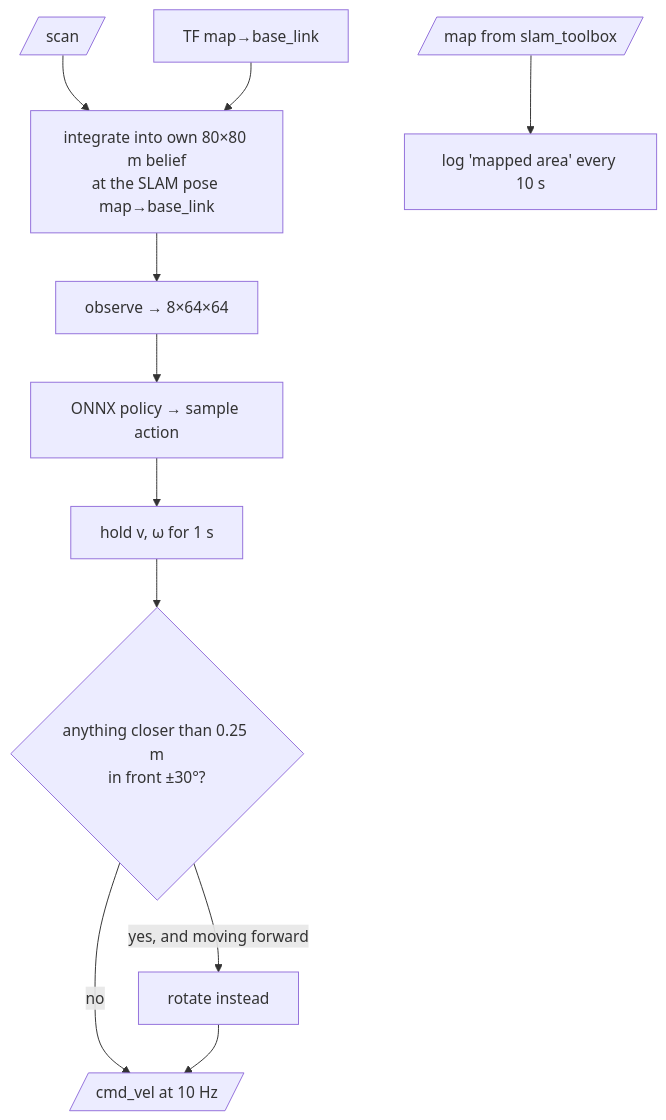
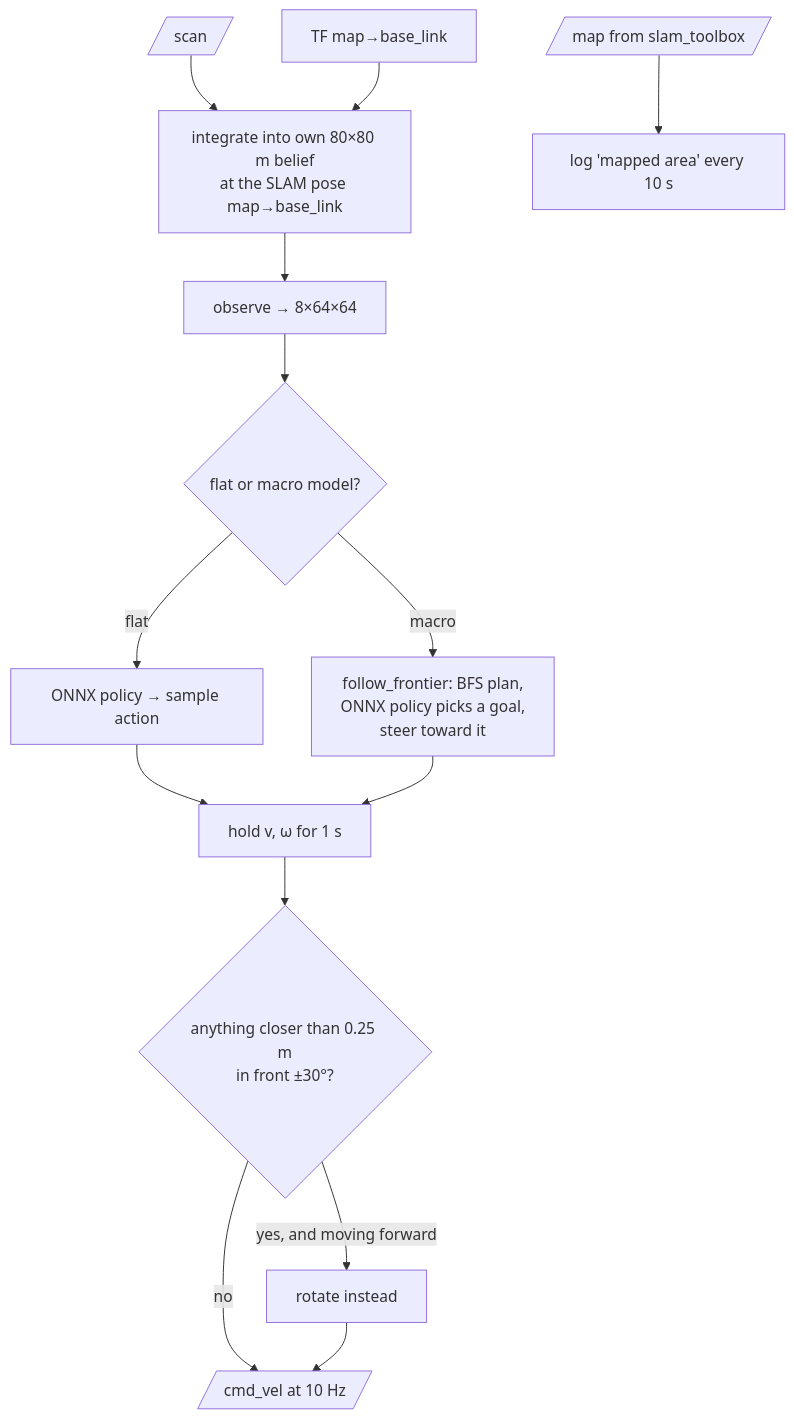
One commit to Spathneja21/RL_Area_Mapping changed the third of 3 diagrams in README.md. Above: the diagram before and after it, drawn with Mermaid. The commit also changed other lines of this file and 10 other files, not shown here.

````diff
--- a/README.md
+++ b/README.md
@@ -124,13 +169,16 @@
 ```mermaid
 flowchart TB
     S[/scan/] --> I[integrate into own 80×80 m belief<br/>at the SLAM pose map→base_link]
     T[TF map→base_link] --> I
     I --> O[observe → 8×64×64]
-    O --> P[ONNX policy → sample action]
-    P --> C[hold v, ω for 1 s]
+    O --> P{flat or macro model?}
+    P -- flat --> F[ONNX policy → sample action]
+    P -- macro --> M2[follow_frontier: BFS plan,<br/>ONNX policy picks a goal,<br/>steer toward it]
+    F --> C[hold v, ω for 1 s]
+    M2 --> C
     C --> G{anything closer than 0.25 m<br/>in front ±30°?}
     G -- yes, and moving forward --> R[rotate instead]
     G -- no --> V[/cmd_vel at 10 Hz/]
     R --> V
     M[/map from slam_toolbox/] --> L[log 'mapped area' every 10 s]
 ```
````
